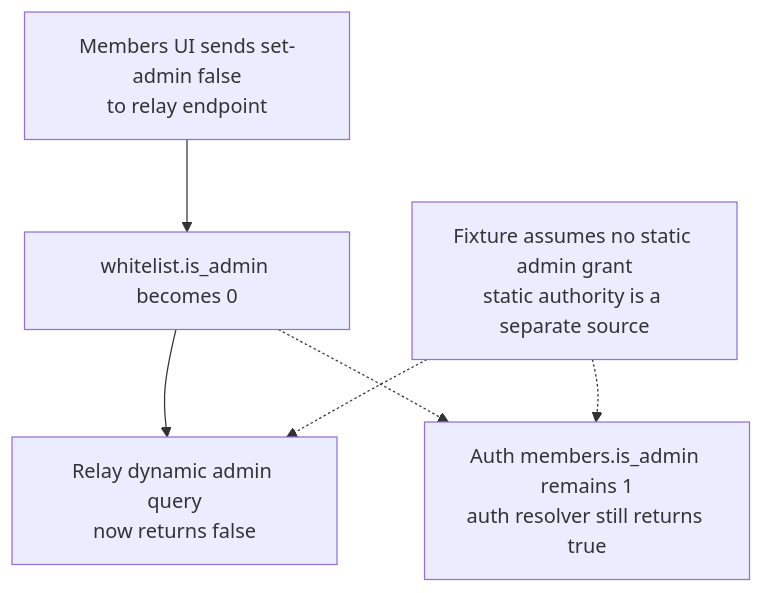
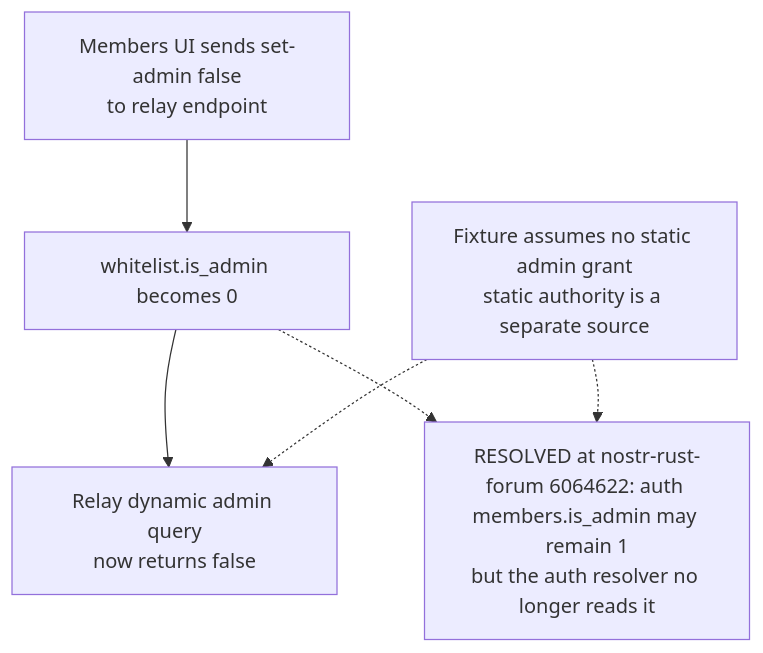
The third of 6 diagrams in docs/diagrams/nostr-rust-forum/25-membership-lifecycle-and-admin-consistency.md (DreamLab-AI/VisionFlow), drawn with Mermaid before and after one commit. The commit also changed other lines of this file and 59 other files, not shown here.

First line of the commit message:
docs(diagrams): re-derive and re-stamp forum, website, pod, ontomark and sealmap topics

````diff
--- a/docs/diagrams/nostr-rust-forum/25-membership-lifecycle-and-admin-consistency.md
+++ b/docs/diagrams/nostr-rust-forum/25-membership-lifecycle-and-admin-consistency.md
@@ -73,17 +73,17 @@
 ```mermaid
 flowchart TB
     %% Source: ../nostr-rust-forum/crates/nostr-bbs-forum-client/src/admin/mod.rs:439
     A["Members UI sends set-admin false<br/>to relay endpoint"]
     %% Source: ../nostr-rust-forum/crates/nostr-bbs-relay-worker/src/whitelist.rs:450
     B["whitelist.is_admin becomes 0"]
     %% Source: ../nostr-rust-forum/crates/nostr-bbs-relay-worker/src/auth.rs:194
     C["Relay dynamic admin query<br/>now returns false"]
-    %% Source: ../nostr-rust-forum/crates/nostr-bbs-auth-worker/src/admin.rs:90
-    D["Auth members.is_admin remains 1<br/>auth resolver still returns true"]
+    %% Source: ../nostr-rust-forum/crates/nostr-bbs-auth-worker/src/admin.rs:72
+    D["RESOLVED at nostr-rust-forum 6064622: auth members.is_admin may remain 1<br/>but the auth resolver no longer reads it"]
     A --> B --> C
     B -.-> D
-    %% Source: ../nostr-rust-forum/crates/nostr-bbs-auth-worker/src/admin.rs:71
+    %% Source: ../nostr-rust-forum/crates/nostr-bbs-auth-worker/src/admin.rs:67
     E["Fixture assumes no static admin grant<br/>static authority is a separate source"]
     E -.-> C
     E -.-> D
 ```
````
